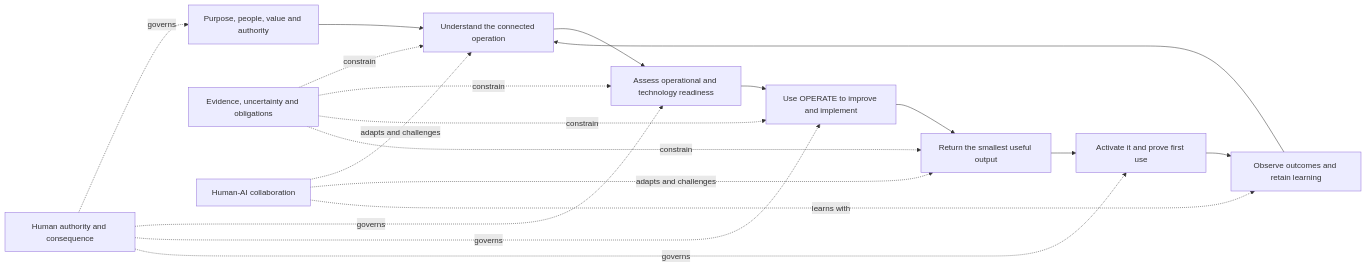
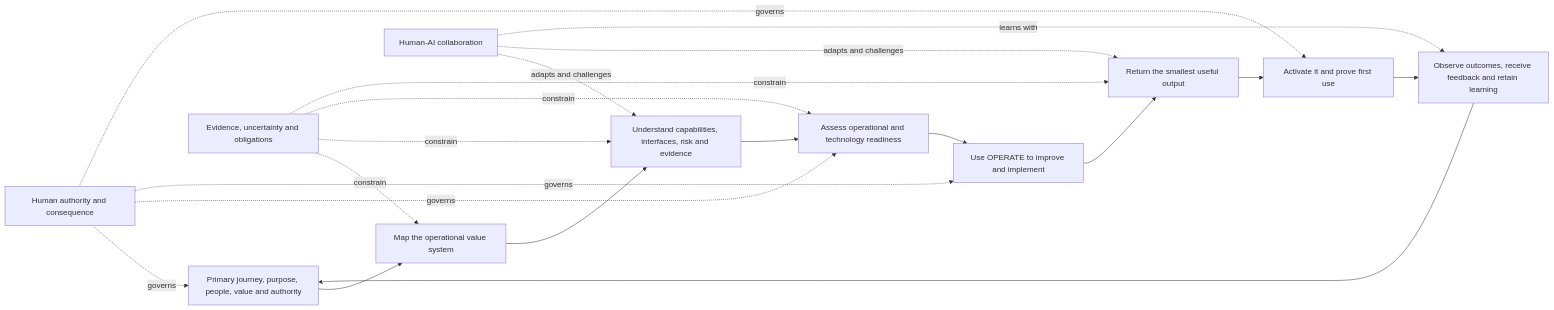
The diagram in methodology/current-methodology-synthesis.md (warpedmore-netizen/operations-automated), drawn with Mermaid before and after one commit. The commit also changed other lines of this file and 31 other files, not shown here.

````diff
--- a/methodology/current-methodology-synthesis.md
+++ b/methodology/current-methodology-synthesis.md
@@ -21,24 +22,25 @@
 ```mermaid
 flowchart LR
-    A["Purpose, people, value and authority"] --> B["Understand the connected operation"]
-    B --> C["Assess operational and technology readiness"]
-    C --> D["Use OPERATE to improve and implement"]
-    D --> E["Return the smallest useful output"]
-    E --> F["Activate it and prove first use"]
-    F --> G["Observe outcomes and retain learning"]
-    G --> B
+    A["Primary journey, purpose, people, value and authority"] --> B["Map the operational value system"]
+    B --> C["Understand capabilities, interfaces, risk and evidence"]
+    C --> D["Assess operational and technology readiness"]
+    D --> E["Use OPERATE to improve and implement"]
+    E --> F["Return the smallest useful output"]
+    F --> G["Activate it and prove first use"]
+    G --> H["Observe outcomes, receive feedback and retain learning"]
+    H --> A
 
-    H["Human authority and consequence"] -. governs .-> A
-    H -. governs .-> C
-    H -. governs .-> D
-    H -. governs .-> F
+    I["Human authority and consequence"] -. governs .-> A
+    I -. governs .-> D
+    I -. governs .-> E
+    I -. governs .-> G
 
-    I["Evidence, uncertainty and obligations"] -. constrain .-> B
-    I -. constrain .-> C
-    I -. constrain .-> D
-    I -. constrain .-> E
+    J["Evidence, uncertainty and obligations"] -. constrain .-> B
+    J -. constrain .-> C
+    J -. constrain .-> D
+    J -. constrain .-> F
 
-    J["Human-AI collaboration"] -. adapts and challenges .-> B
-    J -. adapts and challenges .-> E
-    J -. learns with .-> G
+    K["Human-AI collaboration"] -. adapts and challenges .-> C
+    K -. adapts and challenges .-> F
+    K -. learns with .-> H
 ```
````
